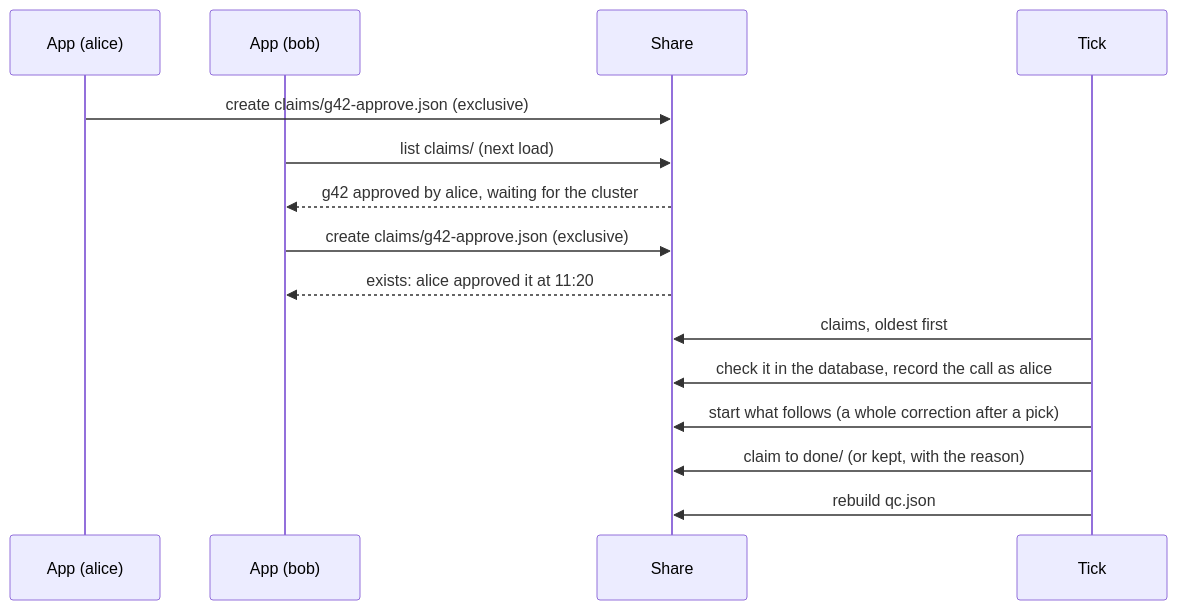
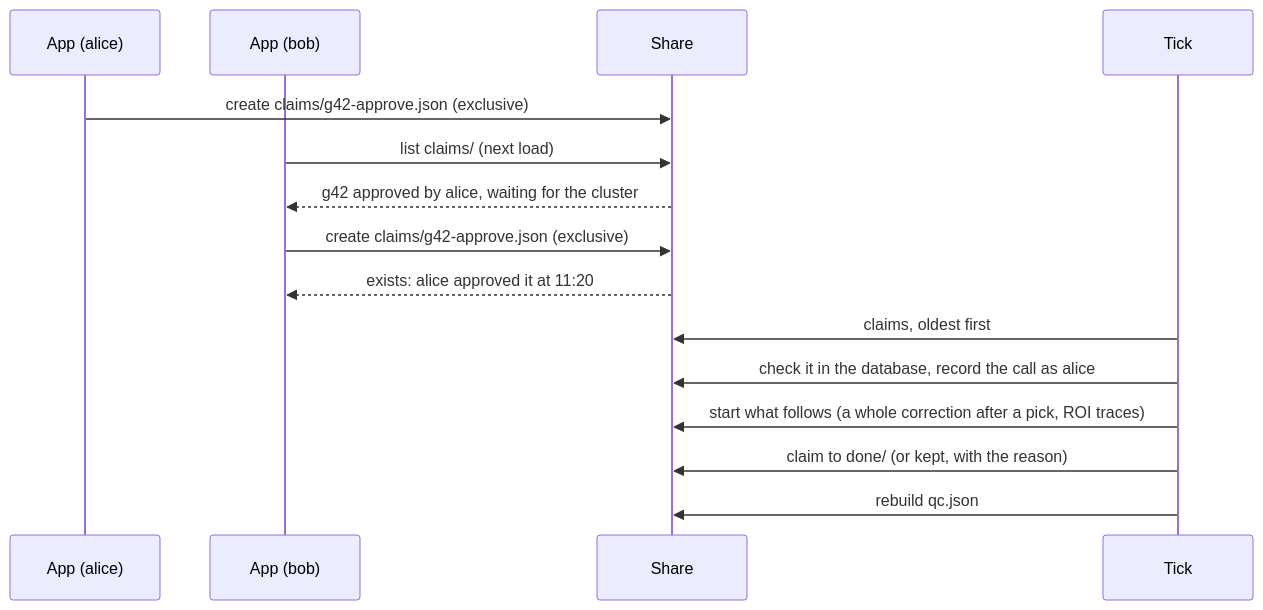
Before and after one commit to vambrosi/ODyn: the sixth of 6 diagrams in docs/database.md, drawn with Mermaid. The commit also changed other lines of this file and 16 other files, not shown here.

````diff
--- a/docs/database.md
+++ b/docs/database.md
@@ -312,17 +312,17 @@
 ```mermaid
 sequenceDiagram
     participant A as App (alice)
     participant B as App (bob)
     participant S as Share
     participant T as Tick
     A->>S: create claims/g42-approve.json (exclusive)
     B->>S: list claims/ (next load)
     S-->>B: g42 approved by alice, waiting for the cluster
     B->>S: create claims/g42-approve.json (exclusive)
     S-->>B: exists: alice approved it at 11:20
     T->>S: claims, oldest first
     T->>S: check it in the database, record the call as alice
-    T->>S: start what follows (a whole correction after a pick)
+    T->>S: start what follows (a whole correction after a pick, ROI traces)
     T->>S: claim to done/ (or kept, with the reason)
     T->>S: rebuild qc.json
 ```
````
